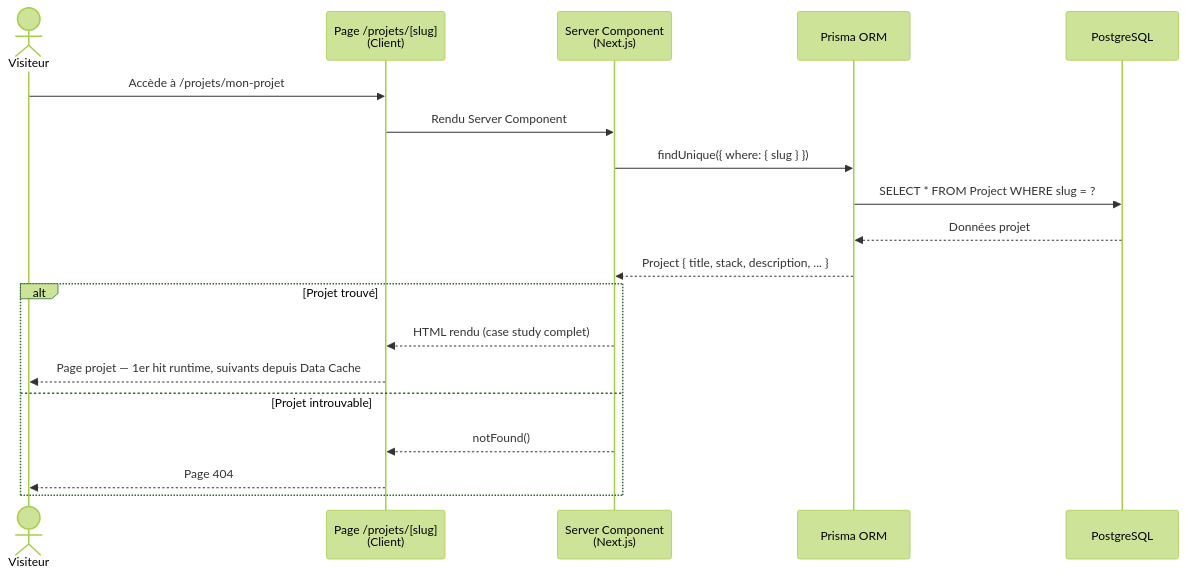
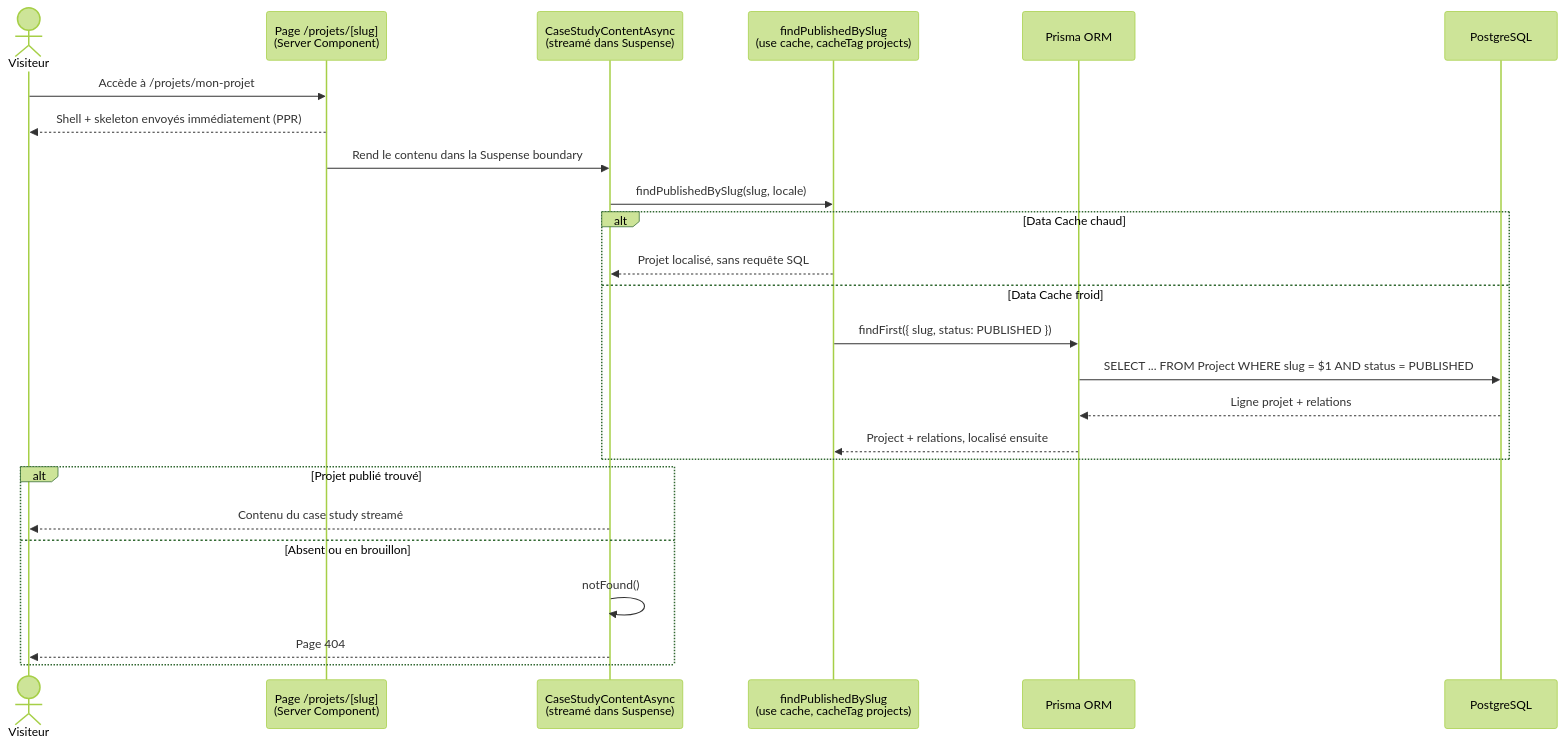
One commit to thibaud57/thibaud-geisler-portfolio changed the fourth of 4 diagrams in docs/ARCHITECTURE.md. Above: the diagram before and after it, drawn with Mermaid (forest theme). The commit also changed other lines of this file and 108 other files, not shown here.

First line of the commit message:
feat(projets): ajoute une mission client et bascule release-please sur une GitHub App (#111)

````diff
--- a/docs/ARCHITECTURE.md
+++ b/docs/ARCHITECTURE.md
@@ -320,22 +382,28 @@
 ```mermaid
 sequenceDiagram
     actor Visiteur
-    participant Page as Page /projets/[slug]<br>(Client)
-    participant SC as Server Component<br>(Next.js)
+    participant Shell as Page /projets/[slug]<br>(Server Component)
+    participant Content as CaseStudyContentAsync<br>(streamé dans Suspense)
+    participant Query as findPublishedBySlug<br>(use cache, cacheTag projects)
     participant Prisma as Prisma ORM
     participant PG as PostgreSQL
 
-    Visiteur->>Page: Accède à /projets/mon-projet
-    Page->>SC: Rendu Server Component
-    SC->>Prisma: findUnique({ where: { slug } })
-    Prisma->>PG: SELECT * FROM Project WHERE slug = ?
-    PG-->>Prisma: Données projet
-    Prisma-->>SC: Project { title, stack, description, ... }
-    alt Projet trouvé
-        SC-->>Page: HTML rendu (case study complet)
-        Page-->>Visiteur: Page projet — 1er hit runtime, suivants depuis Data Cache
-    else Projet introuvable
-        SC-->>Page: notFound()
-        Page-->>Visiteur: Page 404
+    Visiteur->>Shell: Accède à /projets/mon-projet
+    Shell-->>Visiteur: Shell + skeleton envoyés immédiatement (PPR)
+    Shell->>Content: Rend le contenu dans la Suspense boundary
+    Content->>Query: findPublishedBySlug(slug, locale)
+    alt Data Cache chaud
+        Query-->>Content: Projet localisé, sans requête SQL
+    else Data Cache froid
+        Query->>Prisma: findFirst({ slug, status: PUBLISHED })
+        Prisma->>PG: SELECT ... FROM Project WHERE slug = $1 AND status = PUBLISHED
+        PG-->>Prisma: Ligne projet + relations
+        Prisma-->>Query: Project + relations, localisé ensuite
+    end
+    alt Projet publié trouvé
+        Content-->>Visiteur: Contenu du case study streamé
+    else Absent ou en brouillon
+        Content->>Content: notFound()
+        Content-->>Visiteur: Page 404
     end
 ```
````
